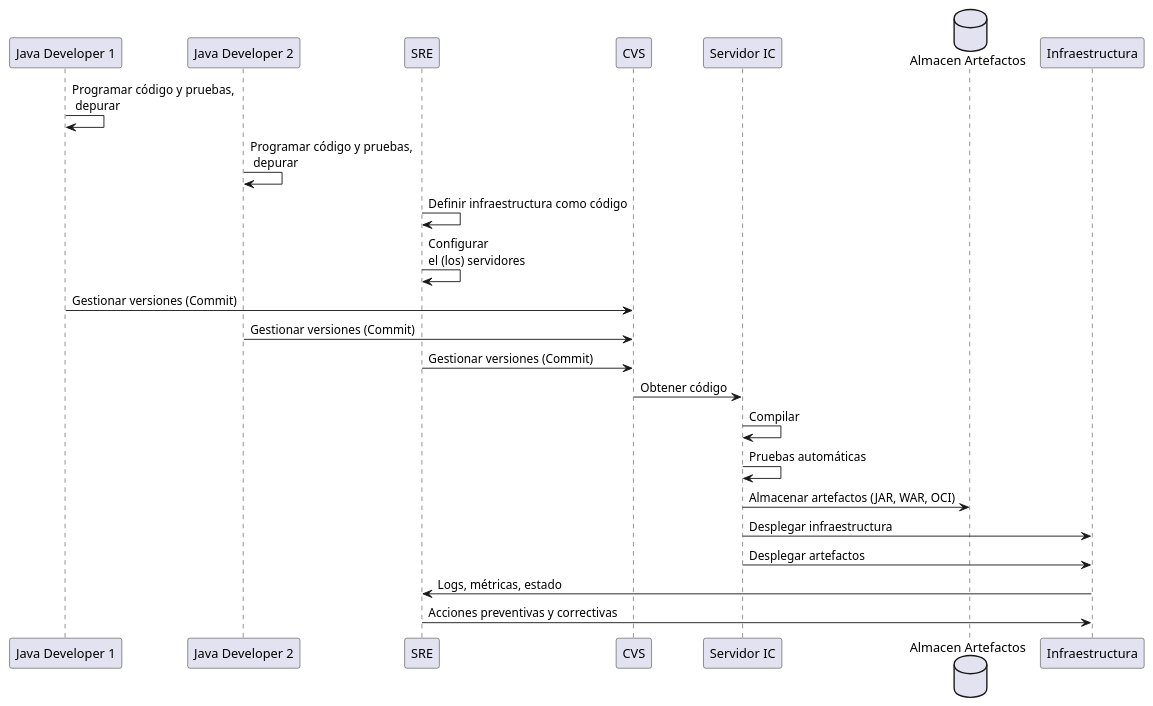
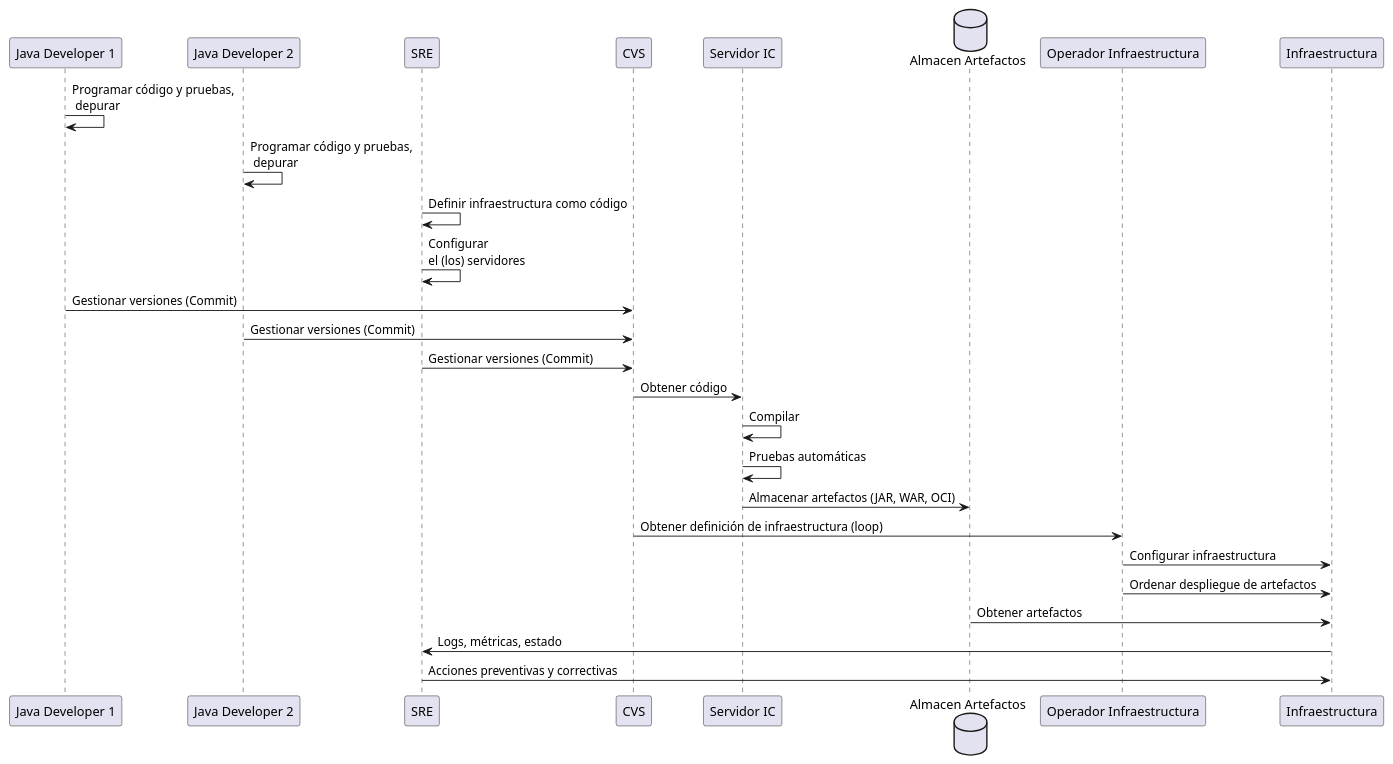
One commit to tuxtor/microjakarta10 changed the diagram in cicd.plantuml. Above: the diagram before and after it, drawn with PlantUML.

```diff
--- a/cicd.plantuml
+++ b/cicd.plantuml
@@ -1,37 +1,43 @@
 @startuml
 participant Developer1 as "Java Developer 1"
 participant Developer2 as "Java Developer 2"
 participant Sysadmin as "SRE"
 
 Developer1 -> Developer1 : Programar código y pruebas, \n depurar
 Developer2 -> Developer2 : Programar código y pruebas, \n depurar
 Sysadmin -> Sysadmin : Definir infraestructura como código
 Sysadmin -> Sysadmin : Configurar\nel (los) servidores
 Developer1 -> CVS : Gestionar versiones (Commit)
 Developer2 -> CVS : Gestionar versiones (Commit)
 Sysadmin -> CVS : Gestionar versiones (Commit)
 
 database CVS as "CVS(Git)"
 
 participant IC as "Servidor IC"
 
 CVS -> IC : Obtener código
 IC -> IC : Compilar
 IC -> IC : Pruebas automáticas
 
 database Artefacts as "Almacen Artefactos"
 IC -> Artefacts : Almacenar artefactos (JAR, WAR, OCI)
 
 
 
 
-
+participant Operator as "Operador Infraestructura"
 participant Infra as "Infraestructura"
 
-IC -> Infra : Desplegar infraestructura
-IC -> Infra : Desplegar artefactos
+
+
+
+CVS -> Operator : Obtener definición de infraestructura (loop)
+Operator -> Infra : Configurar infraestructura
+Operator -> Infra : Ordenar despliegue de artefactos
+Artefacts -> Infra : Obtener artefactos
+
 
 Infra -> Sysadmin: Logs, métricas, estado
 Sysadmin -> Infra: Acciones preventivas y correctivas
 
 @enduml
```
